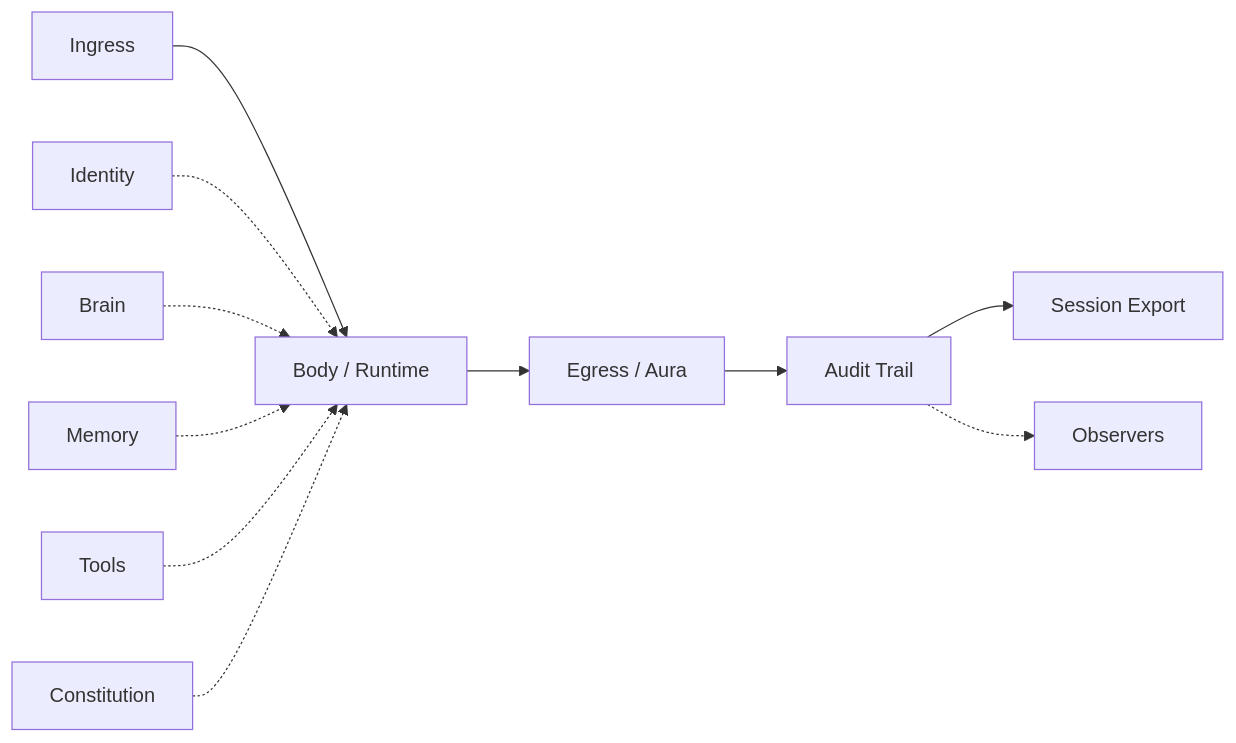
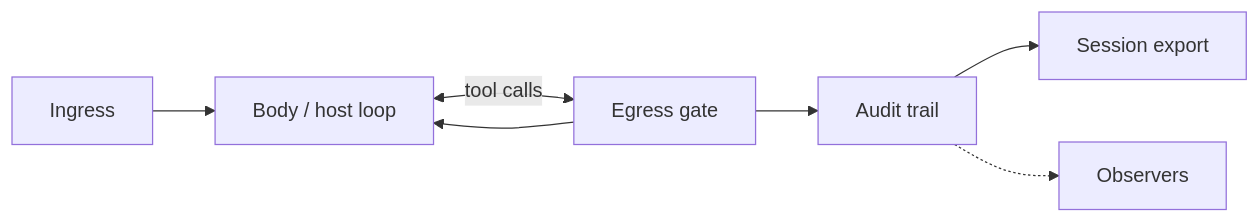
One commit to ARPAHLS/aura changed the second of 2 diagrams in README.md. Above: the diagram before and after it, drawn with Mermaid. The commit also changed other lines of this file and 33 other files, not shown here.

First line of the commit message:
Release v0.3.0: layered identity, audit report, and enterprise export.

````diff
--- a/README.md
+++ b/README.md
@@ -50,14 +64,9 @@
 ```mermaid
 flowchart LR
-    IN["Ingress"] --> BODY["Body / Runtime"]
-    ID["Identity"] -.-> BODY
-    BRAIN["Brain"] -.-> BODY
-    MEM["Memory"] -.-> BODY
-    TOOLS["Tools"] -.-> BODY
-    CONST["Constitution"] -.-> BODY
-
-    BODY --> EG["Egress / Aura"]
-    EG --> TRAIL["Audit Trail"]
-    TRAIL --> EXPORT["Session Export"]
-    TRAIL -.-> OBS["Observers"]
+    IN[Ingress] --> BODY[Body / host loop]
+    BODY <-->|tool calls| EG[Egress gate]
+    EG --> BODY
+    EG --> AUDIT[Audit trail]
+    AUDIT --> EXPORT[Session export]
+    AUDIT -.-> OBS[Observers]
 ```
````
